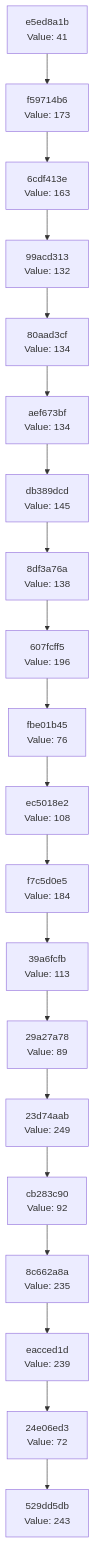
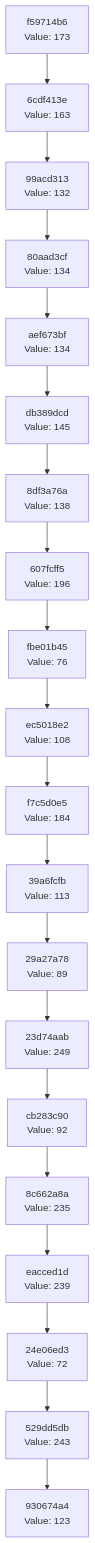
One commit to Abhisheksinha1506/hash-chain-evolver changed the diagram in docs/CHAIN_VISUALIZATION.md. Above: the diagram before and after it, drawn with Mermaid. The commit also changed 1 other file, not shown here.

Commit message:
Evolution step: hash 0x7B → action executed

````diff
--- a/docs/CHAIN_VISUALIZATION.md
+++ b/docs/CHAIN_VISUALIZATION.md
@@ -3,42 +3,42 @@
 ```mermaid
 graph TD
-    C0["529dd5db<br/>Value: 243"]
-    C1["24e06ed3<br/>Value: 72"]
+    C0["930674a4<br/>Value: 123"]
+    C1["529dd5db<br/>Value: 243"]
     C1 --> C0
-    C2["eacced1d<br/>Value: 239"]
+    C2["24e06ed3<br/>Value: 72"]
     C2 --> C1
-    C3["8c662a8a<br/>Value: 235"]
+    C3["eacced1d<br/>Value: 239"]
     C3 --> C2
-    C4["cb283c90<br/>Value: 92"]
+    C4["8c662a8a<br/>Value: 235"]
     C4 --> C3
-    C5["23d74aab<br/>Value: 249"]
+    C5["cb283c90<br/>Value: 92"]
     C5 --> C4
-    C6["29a27a78<br/>Value: 89"]
+    C6["23d74aab<br/>Value: 249"]
     C6 --> C5
-    C7["39a6fcfb<br/>Value: 113"]
+    C7["29a27a78<br/>Value: 89"]
     C7 --> C6
-    C8["f7c5d0e5<br/>Value: 184"]
+    C8["39a6fcfb<br/>Value: 113"]
     C8 --> C7
-    C9["ec5018e2<br/>Value: 108"]
+    C9["f7c5d0e5<br/>Value: 184"]
     C9 --> C8
-    C10["fbe01b45<br/>Value: 76"]
+    C10["ec5018e2<br/>Value: 108"]
     C10 --> C9
-    C11["607fcff5<br/>Value: 196"]
+    C11["fbe01b45<br/>Value: 76"]
     C11 --> C10
-    C12["8df3a76a<br/>Value: 138"]
+    C12["607fcff5<br/>Value: 196"]
     C12 --> C11
-    C13["db389dcd<br/>Value: 145"]
+    C13["8df3a76a<br/>Value: 138"]
     C13 --> C12
-    C14["aef673bf<br/>Value: 134"]
+    C14["db389dcd<br/>Value: 145"]
     C14 --> C13
-    C15["80aad3cf<br/>Value: 134"]
+    C15["aef673bf<br/>Value: 134"]
     C15 --> C14
-    C16["99acd313<br/>Value: 132"]
+    C16["80aad3cf<br/>Value: 134"]
     C16 --> C15
-    C17["6cdf413e<br/>Value: 163"]
+    C17["99acd313<br/>Value: 132"]
     C17 --> C16
-    C18["f59714b6<br/>Value: 173"]
+    C18["6cdf413e<br/>Value: 163"]
     C18 --> C17
-    C19["e5ed8a1b<br/>Value: 41"]
+    C19["f59714b6<br/>Value: 173"]
     C19 --> C18
 ```
````
